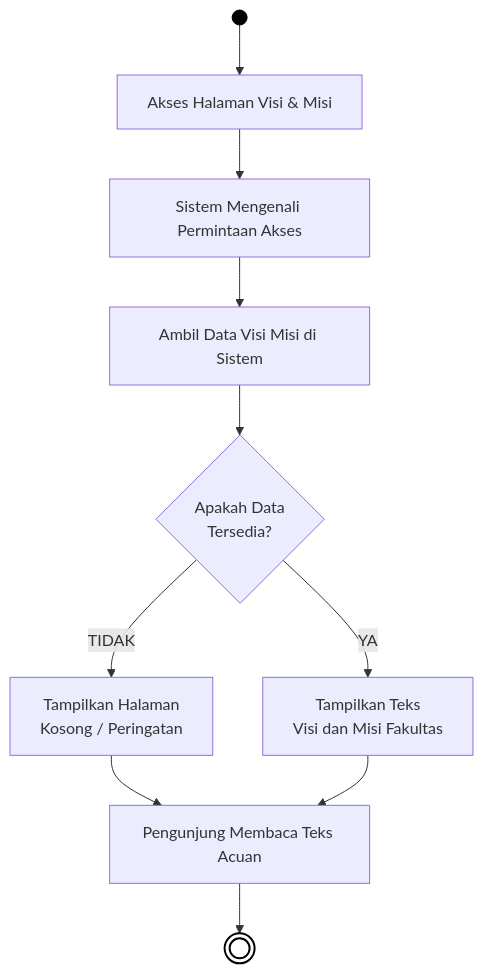
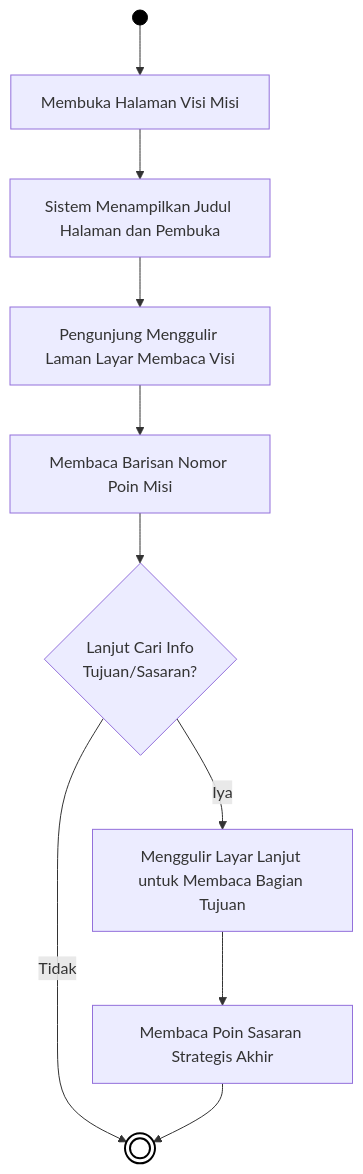
Before and after one commit to arbain-dev/Web_fikom: the second of 6 diagrams in docs/01B_DIAGRAM_AKTIVITAS_PUBLIK.md, drawn with Mermaid. The commit also changed other lines of this file, not shown here.

Commit message:
docs: overhaul diagram aktivitas publik menjadi flowchart interaktif UX nyata

````diff
--- a/docs/01B_DIAGRAM_AKTIVITAS_PUBLIK.md
+++ b/docs/01B_DIAGRAM_AKTIVITAS_PUBLIK.md
@@ -40,19 +60,18 @@
 ```mermaid
 flowchart TD
-    Start(( )) --> A[Akses Halaman Visi & Misi]
+    Start(( )) --> A[Membuka Halaman Visi Misi]
     
-    A --> B[Sistem Mengenali Permintaan Akses]
-    B --> C[Ambil Data Visi Misi di Sistem]
-    C --> D{Apakah Data\nTersedia?}
+    A --> B[Sistem Menampilkan Judul Halaman dan Pembuka]
+    B --> C[Pengunjung Menggulir Laman Layar Membaca Visi]
+    C --> D[Membaca Barisan Nomor Poin Misi]
     
-    D -- TIDAK --> E[Tampilkan Halaman\nKosong / Peringatan]
-    E --> G
+    D --> E{Lanjut Cari Info\nTujuan/Sasaran?}
+    E -- Tidak --> End((( )))
     
-    D -- YA --> F[Tampilkan Teks\nVisi dan Misi Fakultas]
-    F --> G
-    
-    G[Pengunjung Membaca Teks Acuan] --> End((( )))
+    E -- Iya --> F[Menggulir Layar Lanjut untuk Membaca Bagian Tujuan]
+    F --> G[Membaca Poin Sasaran Strategis Akhir]
+    G --> End
     
     style Start fill:#000,stroke:#000,color:#000
     style End fill:#fff,stroke:#000,stroke-width:2px
 ```
````
